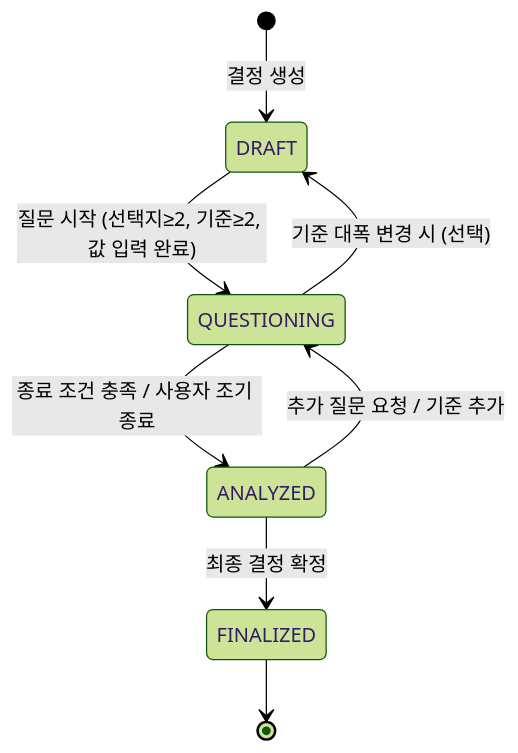
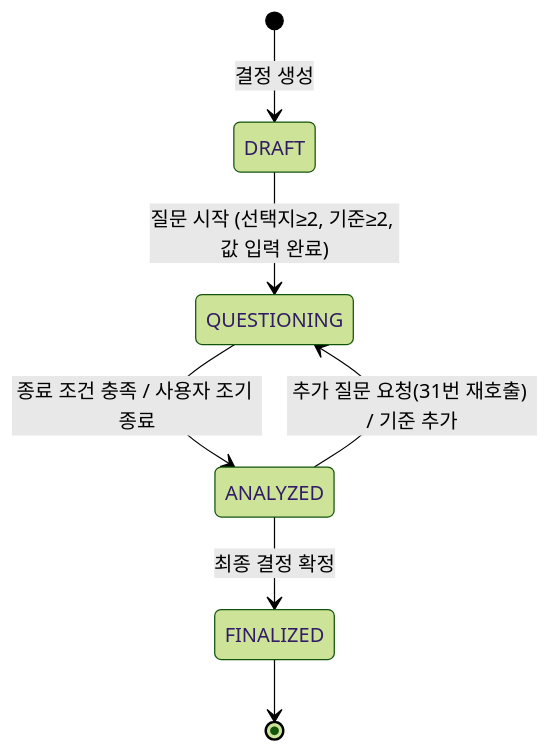
One commit to dlfkdLR/SEONBI changed the third of 6 diagrams in docs/개발기획서.md. Above: the diagram before and after it, drawn with Mermaid (forest theme). The commit also changed other lines of this file, not shown here.

````diff
--- a/docs/개발기획서.md
+++ b/docs/개발기획서.md
@@ -417,10 +414,9 @@
 ```mermaid
 stateDiagram-v2
     [*] --> DRAFT: 결정 생성
     DRAFT --> QUESTIONING: 질문 시작 (선택지≥2, 기준≥2, 값 입력 완료)
     QUESTIONING --> ANALYZED: 종료 조건 충족 / 사용자 조기 종료
-    ANALYZED --> QUESTIONING: 추가 질문 요청 / 기준 추가
-    QUESTIONING --> DRAFT: 기준 대폭 변경 시 (선택)
+    ANALYZED --> QUESTIONING: 추가 질문 요청(31번 재호출) / 기준 추가
     ANALYZED --> FINALIZED: 최종 결정 확정
     FINALIZED --> [*]
 ```
````
